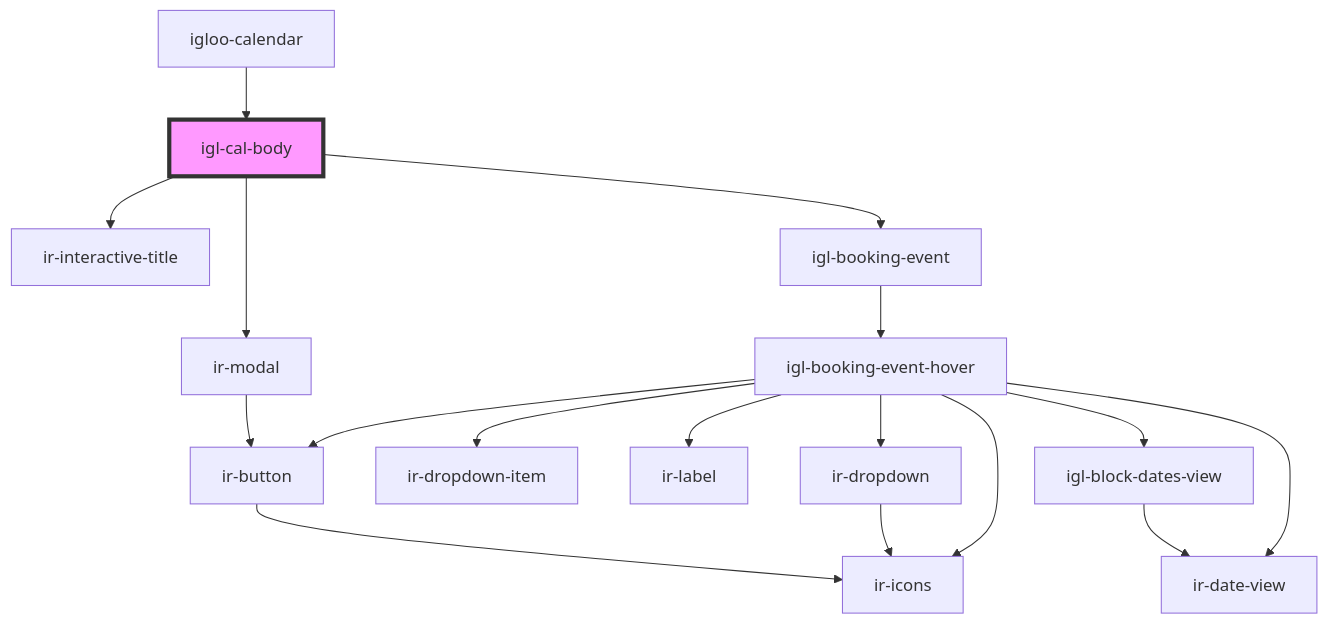
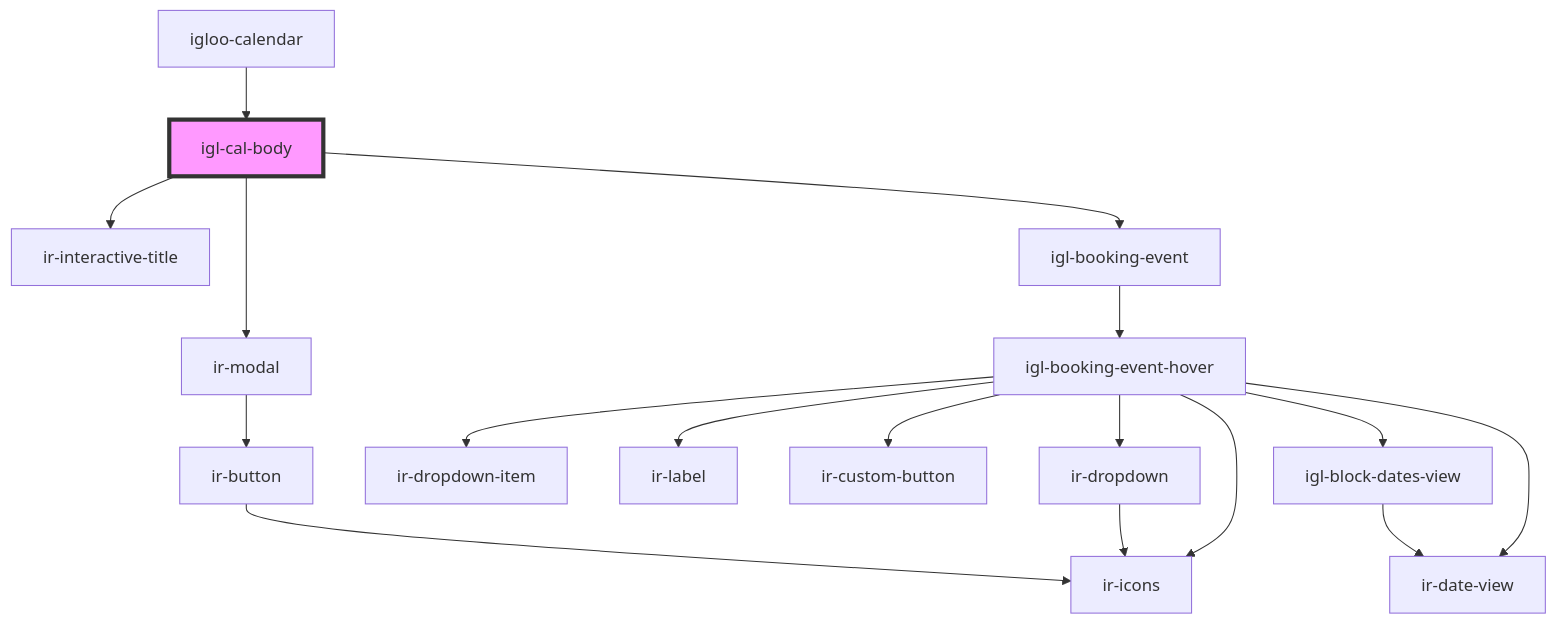
The diagram in src/components/igloo-calendar/igl-cal-body/readme.md (David1Chowaifaty/modified-ir-webcmp), drawn with Mermaid before and after one commit. The commit also changed 7 other files, not shown here.

First line of the commit message:
Update igloo-calendar components to replace ir-button with ir-custom-button

````diff
--- a/src/components/igloo-calendar/igl-cal-body/readme.md
+++ b/src/components/igloo-calendar/igl-cal-body/readme.md
@@ -44,20 +44,20 @@
 ```mermaid
 graph TD;
   igl-cal-body --> ir-interactive-title
   igl-cal-body --> igl-booking-event
   igl-cal-body --> ir-modal
   igl-booking-event --> igl-booking-event-hover
   igl-booking-event-hover --> ir-dropdown
   igl-booking-event-hover --> ir-icons
   igl-booking-event-hover --> ir-dropdown-item
   igl-booking-event-hover --> ir-date-view
   igl-booking-event-hover --> ir-label
-  igl-booking-event-hover --> ir-button
+  igl-booking-event-hover --> ir-custom-button
   igl-booking-event-hover --> igl-block-dates-view
   ir-dropdown --> ir-icons
-  ir-button --> ir-icons
   igl-block-dates-view --> ir-date-view
   ir-modal --> ir-button
+  ir-button --> ir-icons
   igloo-calendar --> igl-cal-body
   style igl-cal-body fill:#f9f,stroke:#333,stroke-width:4px
 ```
````
